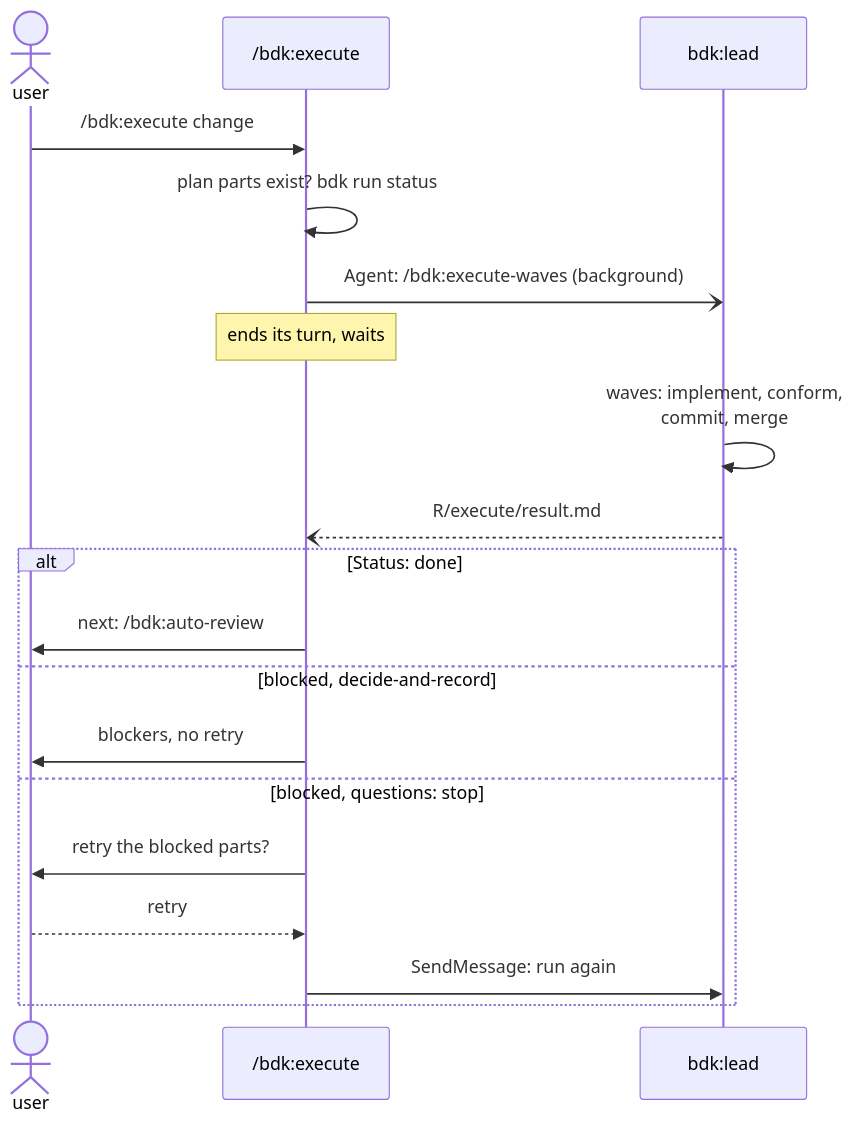
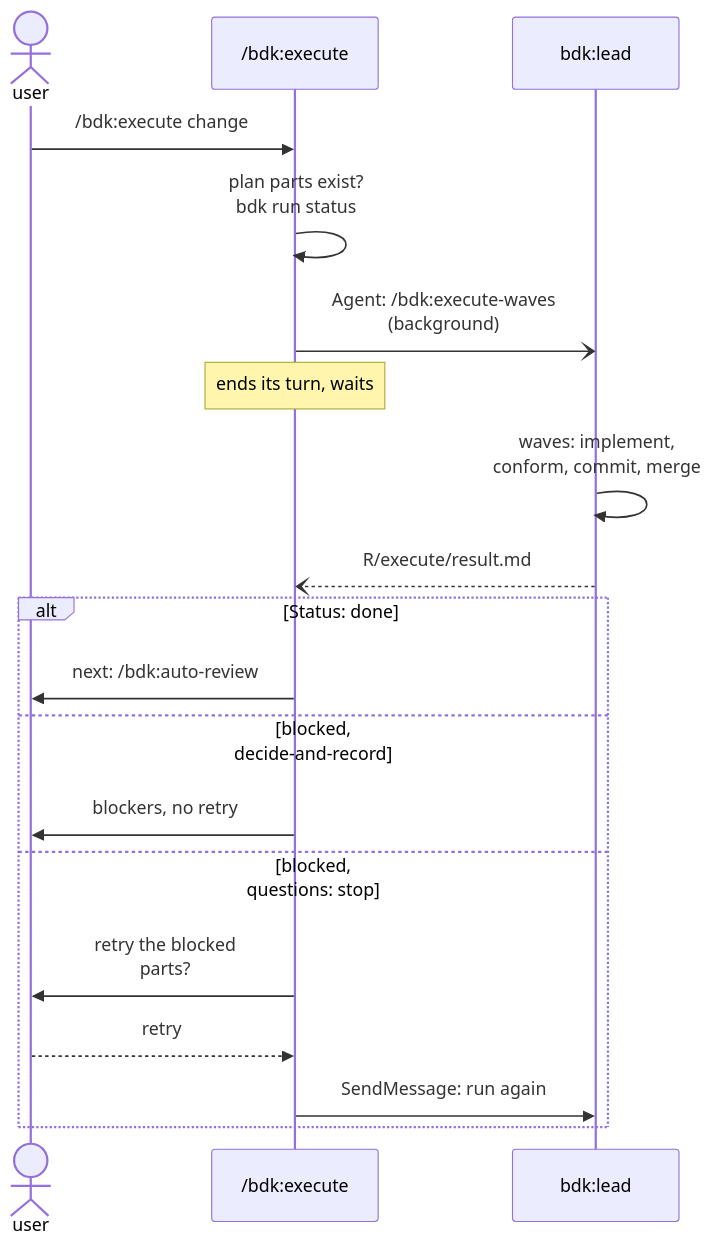
The fifth of 15 diagrams in docs/concepts/orchestrators.md (broneq/bdk), drawn with Mermaid before and after one commit. The commit also changed other lines of this file and 20 other files, not shown here.

First line of the commit message:
fix(docs): fit every diagram into the content column

````diff
--- a/docs/concepts/orchestrators.md
+++ b/docs/concepts/orchestrators.md
@@ -99,21 +99,21 @@
 ```mermaid
 sequenceDiagram
   actor U as user
   participant M as /bdk:execute
   participant L as bdk:lead
   U->>M: /bdk:execute change
-  M->>M: plan parts exist? bdk run status
-  M-)L: Agent: /bdk:execute-waves (background)
+  M->>M: plan parts exist?<br/>bdk run status
+  M-)L: Agent: /bdk:execute-waves<br/>(background)
   Note over M: ends its turn, waits
-  L->>L: waves: implement, conform,<br/>commit, merge
+  L->>L: waves: implement,<br/>conform, commit, merge
   L--)M: R/execute/result.md
   alt Status: done
     M->>U: next: /bdk:auto-review
-  else blocked, decide-and-record
+  else blocked,<br/>decide-and-record
     M->>U: blockers, no retry
-  else blocked, questions: stop
-    M->>U: retry the blocked parts?
+  else blocked,<br/>questions: stop
+    M->>U: retry the blocked<br/>parts?
     U-->>M: retry
     M->>L: SendMessage: run again
   end
 ```
````
